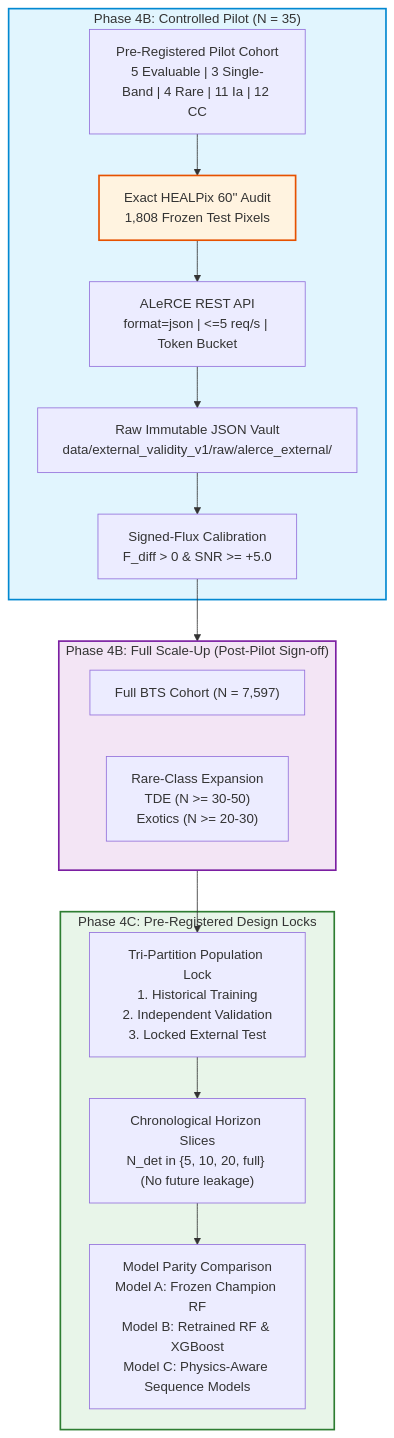
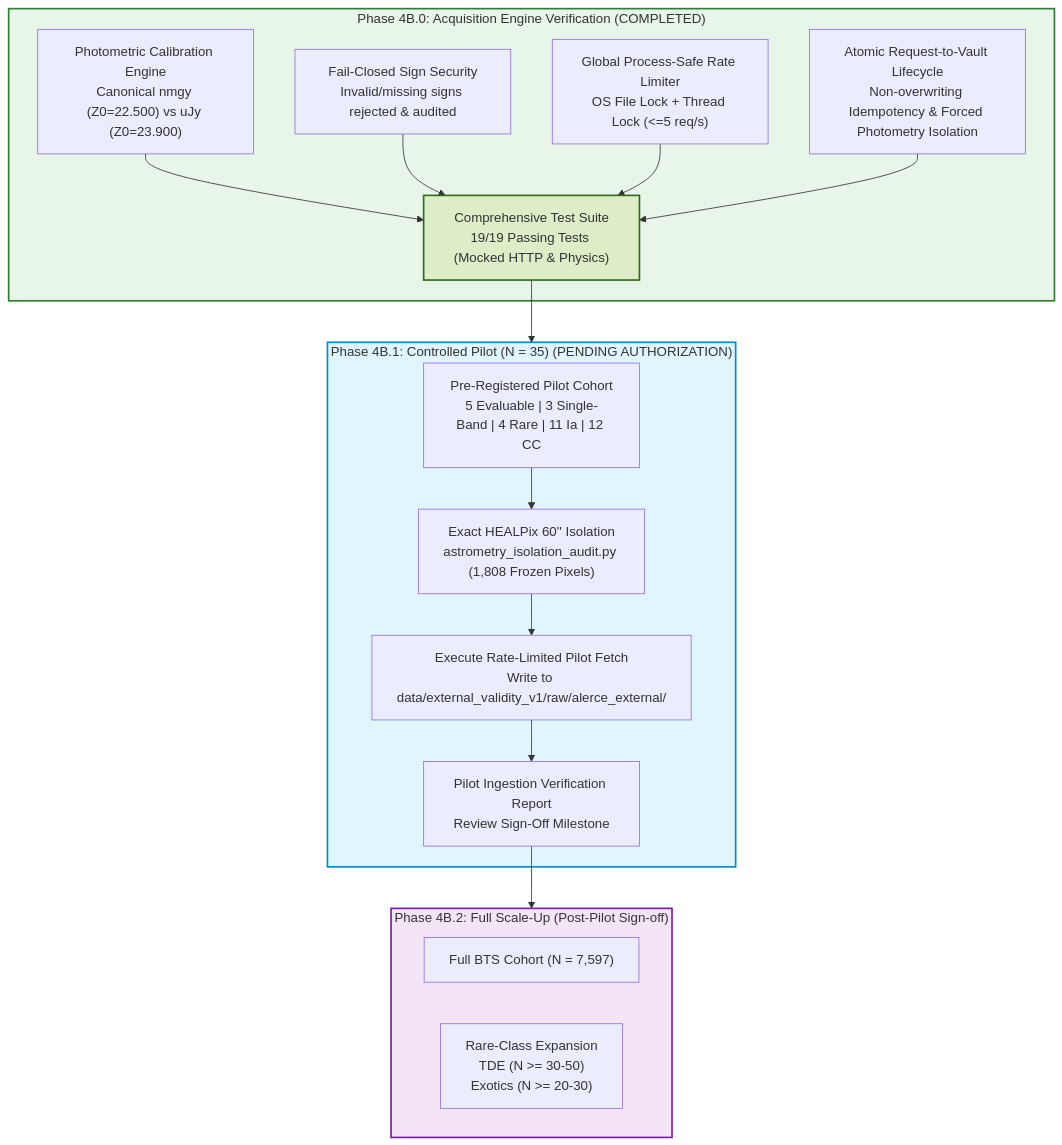
One commit to TEKURU-ZENO/ASTRAEUS changed the diagram in experiments/gate4b_broker_acquisition_and_cohort_expansion/GATE_4B_BROKER_ACQUISITION_AND_COHORT_EXPANSION_PROTOCOL.md. Above: the diagram before and after it, drawn with Mermaid. The commit also changed other lines of this file and 2 other files, not shown here.

Commit message:
feat(gate-4b): complete Phase 4B.0 acquisition engine verification, resolve flux units and fail-closed security, and update protocol to v1.2

````diff
--- a/experiments/gate4b_broker_acquisition_and_cohort_expansion/GATE_4B_BROKER_ACQUISITION_AND_COHORT_EXPANSION_PROTOCOL.md
+++ b/experiments/gate4b_broker_acquisition_and_cohort_expansion/GATE_4B_BROKER_ACQUISITION_AND_COHORT_EXPANSION_PROTOCOL.md
@@ -25,31 +32,35 @@
 ```mermaid
 flowchart TD
-    subgraph P4B_PILOT["Phase 4B: Controlled Pilot (N = 35)"]
-        PILOT_SPEC["Pre-Registered Pilot Cohort<br/>5 Evaluable | 3 Single-Band | 4 Rare | 11 Ia | 12 CC"]
-        HP_AUDIT["Exact HEALPix 60'' Audit<br/>1,808 Frozen Test Pixels"]
-        ALERCE_API["ALeRCE REST API<br/>format=json | <=5 req/s | Token Bucket"]
-        RAW_VAULT["Raw Immutable JSON Vault<br/>data/external_validity_v1/raw/alerce_external/"]
-        SNR_CALIB["Signed-Flux Calibration<br/>F_diff > 0 & SNR >= +5.0"]
+    subgraph P4B0["Phase 4B.0: Acquisition Engine Verification (COMPLETED)"]
+        CALIB["Photometric Calibration Engine<br/>Canonical nmgy (Z0=22.500) vs uJy (Z0=23.900)"]
+        FAIL_CLOSED["Fail-Closed Sign Security<br/>Invalid/missing signs rejected & audited"]
+        RATE_LIMIT["Global Process-Safe Rate Limiter<br/>OS File Lock + Thread Lock (<=5 req/s)"]
+        VAULT_LIFECYCLE["Atomic Request-to-Vault Lifecycle<br/>Non-overwriting Idempotency & Forced Photometry Isolation"]
+        TESTS["Comprehensive Test Suite<br/>19/19 Passing Tests (Mocked HTTP & Physics)"]
     end
 
-    subgraph P4B_SCALE["Phase 4B: Full Scale-Up (Post-Pilot Sign-off)"]
+    subgraph P4B1["Phase 4B.1: Controlled Pilot (N = 35) (PENDING AUTHORIZATION)"]
+        PILOT_SPEC["Pre-Registered Pilot Cohort<br/>5 Evaluable | 3 Single-Band | 4 Rare | 11 Ia | 12 CC"]
+        HP_AUDIT["Exact HEALPix 60'' Isolation<br/>astrometry_isolation_audit.py (1,808 Frozen Pixels)"]
+        PILOT_FETCH["Execute Rate-Limited Pilot Fetch<br/>Write to data/external_validity_v1/raw/alerce_external/"]
+        PILOT_SIGN["Pilot Ingestion Verification Report<br/>Review Sign-Off Milestone"]
+    end
+
+    subgraph P4B2["Phase 4B.2: Full Scale-Up (Post-Pilot Sign-off)"]
         FULL_COHORT["Full BTS Cohort (N = 7,597)"]
         RARE_EXP["Rare-Class Expansion<br/>TDE (N >= 30-50)<br/>Exotics (N >= 20-30)"]
     end
 
-    subgraph P4C_LOCKS["Phase 4C: Pre-Registered Design Locks"]
-        TRI_POP["Tri-Partition Population Lock<br/>1. Historical Training<br/>2. Independent Validation<br/>3. Locked External Test"]
-        HORIZONS["Chronological Horizon Slices<br/>N_det in {5, 10, 20, full} (No future leakage)"]
-        MODELS["Model Parity Comparison<br/>Model A: Frozen Champion RF<br/>Model B: Retrained RF & XGBoost<br/>Model C: Physics-Aware Sequence Models"]
-    end
+    CALIB --> TESTS
+    FAIL_CLOSED --> TESTS
+    RATE_LIMIT --> TESTS
+    VAULT_LIFECYCLE --> TESTS
+    TESTS --> P4B1
+    PILOT_SPEC --> HP_AUDIT --> PILOT_FETCH --> PILOT_SIGN
+    PILOT_SIGN --> P4B2
 
-    PILOT_SPEC --> HP_AUDIT --> ALERCE_API --> RAW_VAULT --> SNR_CALIB
-    SNR_CALIB --> P4B_SCALE
-    P4B_SCALE --> TRI_POP
-    TRI_POP --> HORIZONS --> MODELS
-
-    style P4B_PILOT fill:#e1f5fe,stroke:#0288d1,stroke-width:2px
-    style P4B_SCALE fill:#f3e5f5,stroke:#7b1fa2,stroke-width:2px
-    style P4C_LOCKS fill:#e8f5e9,stroke:#2e7d32,stroke-width:2px
-    style HP_AUDIT fill:#fff3e0,stroke:#e65100,stroke-width:2px
+    style P4B0 fill:#e8f5e9,stroke:#2e7d32,stroke-width:2px
+    style P4B1 fill:#e1f5fe,stroke:#0288d1,stroke-width:2px
+    style P4B2 fill:#f3e5f5,stroke:#7b1fa2,stroke-width:2px
+    style TESTS fill:#dcedc8,stroke:#33691e,stroke-width:2px
 ```
````
